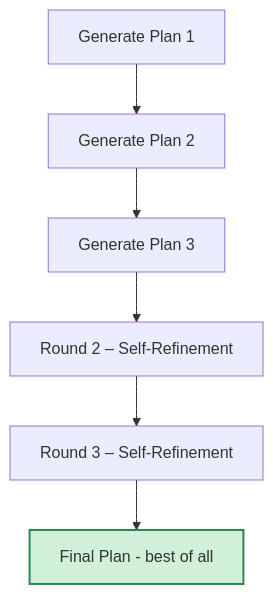
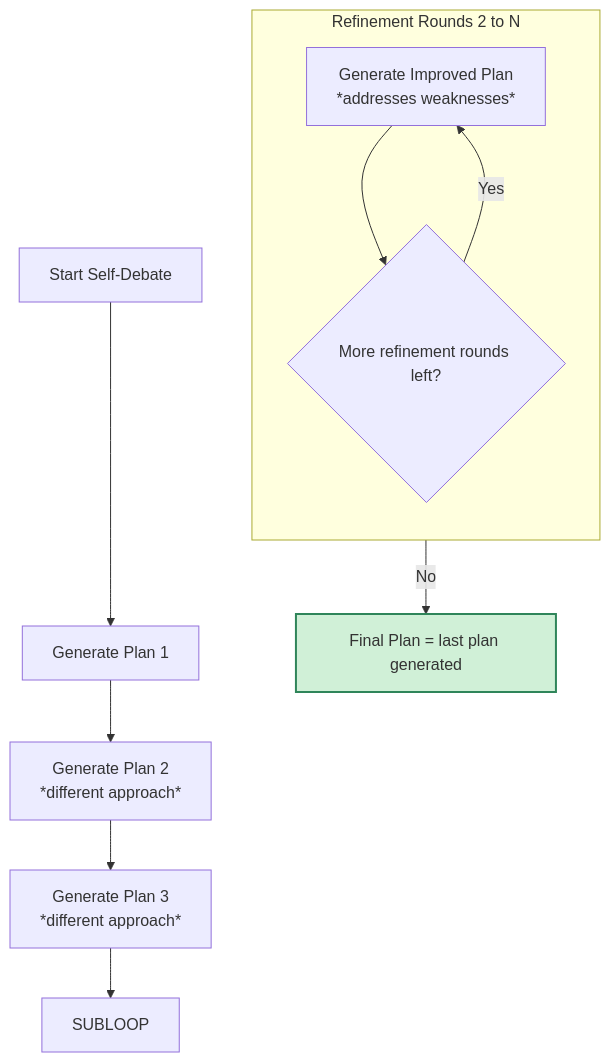
One commit to jalehman/mcp-sage changed the second of 2 diagrams in README.md. Above: the diagram before and after it, drawn with Mermaid. The commit also changed other lines of this file, not shown here.

First line of the commit message:
docs: improve debate flow diagrams with accurate implementation details

````diff
--- a/README.md
+++ b/README.md
@@ -109,9 +126,18 @@
 ```mermaid
 flowchart TD
-  C1[Generate Plan 1] --> C2[Generate Plan 2] --> C3[Generate Plan 3]
-  C3 --> R2[Round 2 – Self-Refinement]
-  R2 --> R3[Round 3 – Self-Refinement]
-  R3 --> FCoRT[Final Plan - best of all]
+  SD0[Start Self-Debate] --> P1[Generate Plan 1]
+  P1 --> P2[Generate Plan 2<br/>*different approach*]
+  P2 --> P3[Generate Plan 3<br/>*different approach*]
 
-  style FCoRT fill:#D0F0D7,stroke:#2F855A,stroke-width:2px
+  P3 --> SUBLOOP
+  subgraph "Refinement Rounds 2 to N"
+    direction TB
+    REF[Generate Improved Plan<br/>*addresses weaknesses*]
+    DEC{More refinement rounds left?}
+    REF --> DEC
+    DEC -->|Yes| REF
+  end
+  DEC -->|No| FP[Final Plan = last plan generated]
+
+  style FP fill:#D0F0D7,stroke:#2F855A,stroke-width:2px
 ```
````
